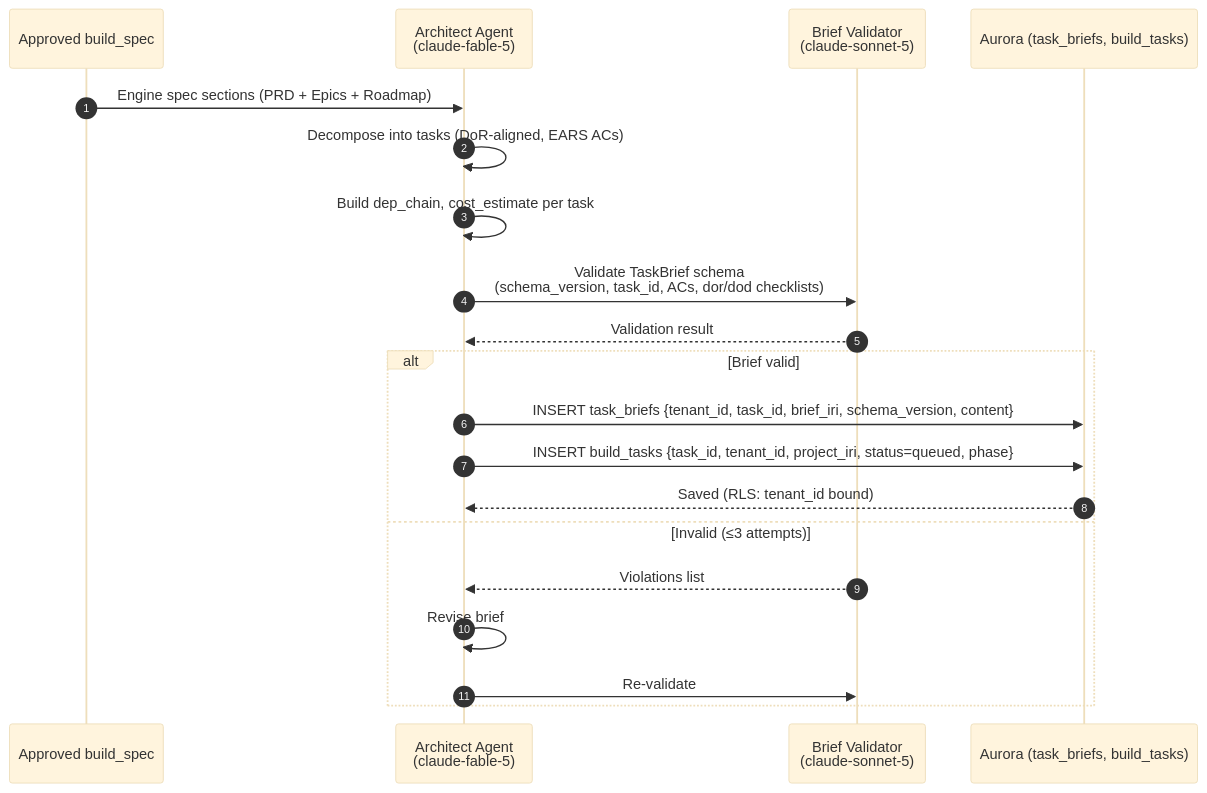
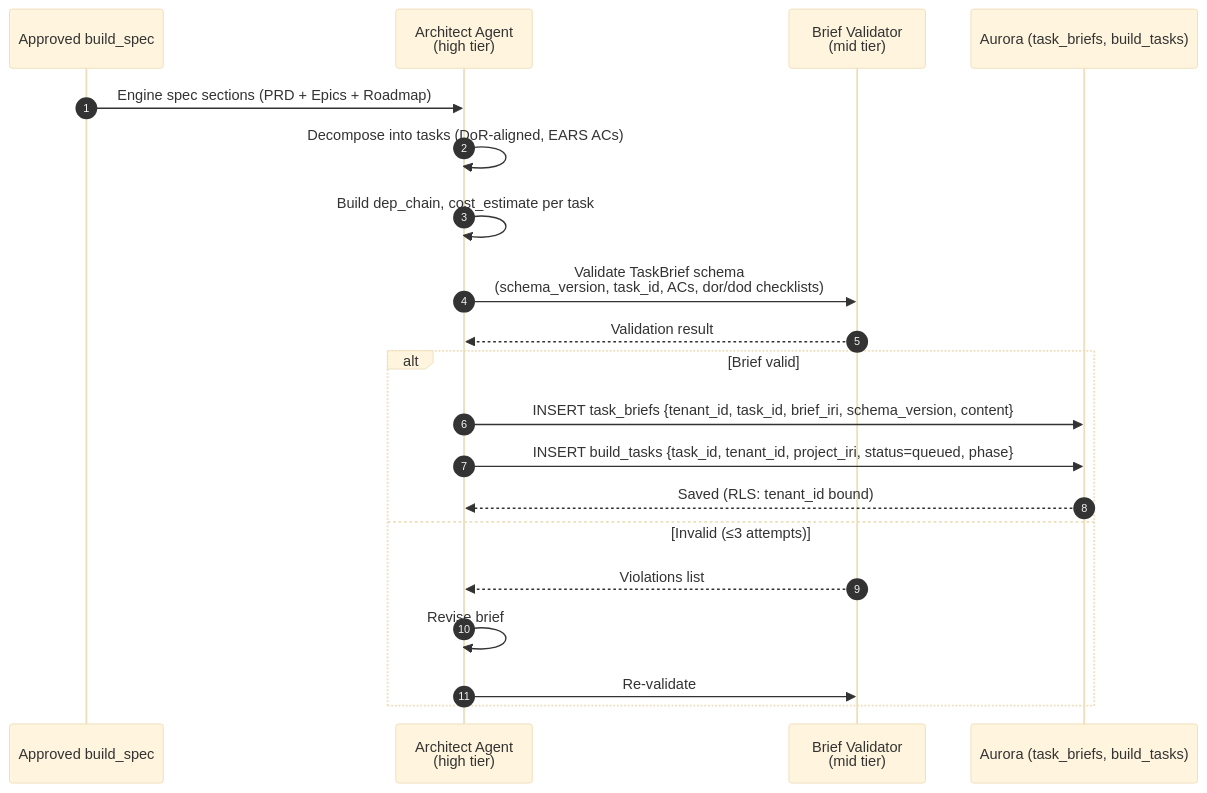
Before and after one commit to gazzwi86/weave: the seventh of 19 diagrams in docs/specs/weave/engines/build-engine/tech-spec/business-process.md, drawn with Mermaid (base theme). The commit also changed other lines of this file and 42 other files, not shown here.

First line of the commit message:
chore(harness): retire fable, route high-tier to opus, tier-language cleanup

````diff
--- a/docs/specs/weave/engines/build-engine/tech-spec/business-process.md
+++ b/docs/specs/weave/engines/build-engine/tech-spec/business-process.md
@@ -201,23 +201,23 @@
 ```mermaid
 sequenceDiagram
   autonumber
   participant Spec as Approved build_spec
-  participant Arch as Architect Agent<br/>(claude-fable-5)
-  participant Val as Brief Validator<br/>(claude-sonnet-5)
+  participant Arch as Architect Agent<br/>(high tier)
+  participant Val as Brief Validator<br/>(mid tier)
   participant Aurora as Aurora (task_briefs, build_tasks)
 
   Spec->>Arch: Engine spec sections (PRD + Epics + Roadmap)
   Arch->>Arch: Decompose into tasks (DoR-aligned, EARS ACs)
   Arch->>Arch: Build dep_chain, cost_estimate per task
   Arch->>Val: Validate TaskBrief schema<br/>(schema_version, task_id, ACs, dor/dod checklists)
   Val-->>Arch: Validation result
   alt Brief valid
     Arch->>Aurora: INSERT task_briefs {tenant_id, task_id, brief_iri, schema_version, content}
     Arch->>Aurora: INSERT build_tasks {task_id, tenant_id, project_iri, status=queued, phase}
     Aurora-->>Arch: Saved (RLS: tenant_id bound)
   else Invalid (≤3 attempts)
     Val-->>Arch: Violations list
     Arch->>Arch: Revise brief
     Arch->>Val: Re-validate
   end
 ```
````
